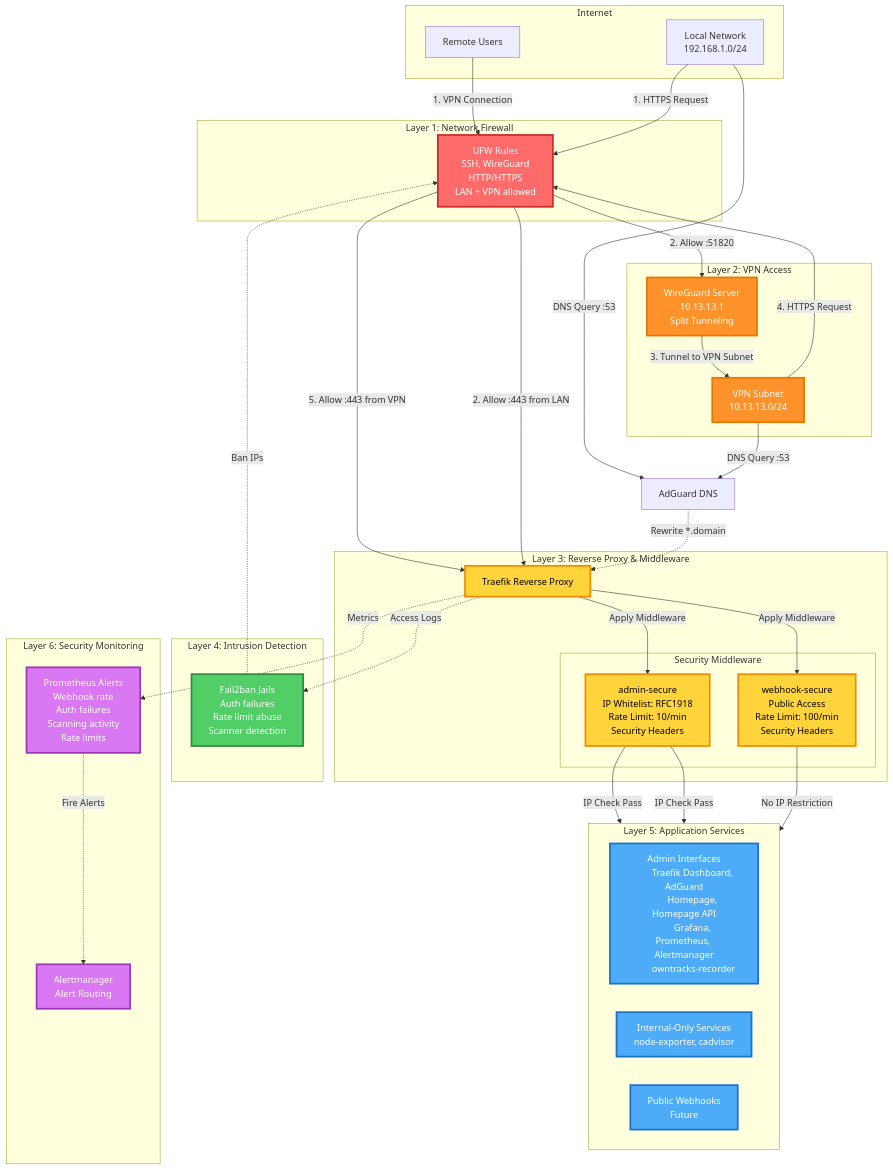
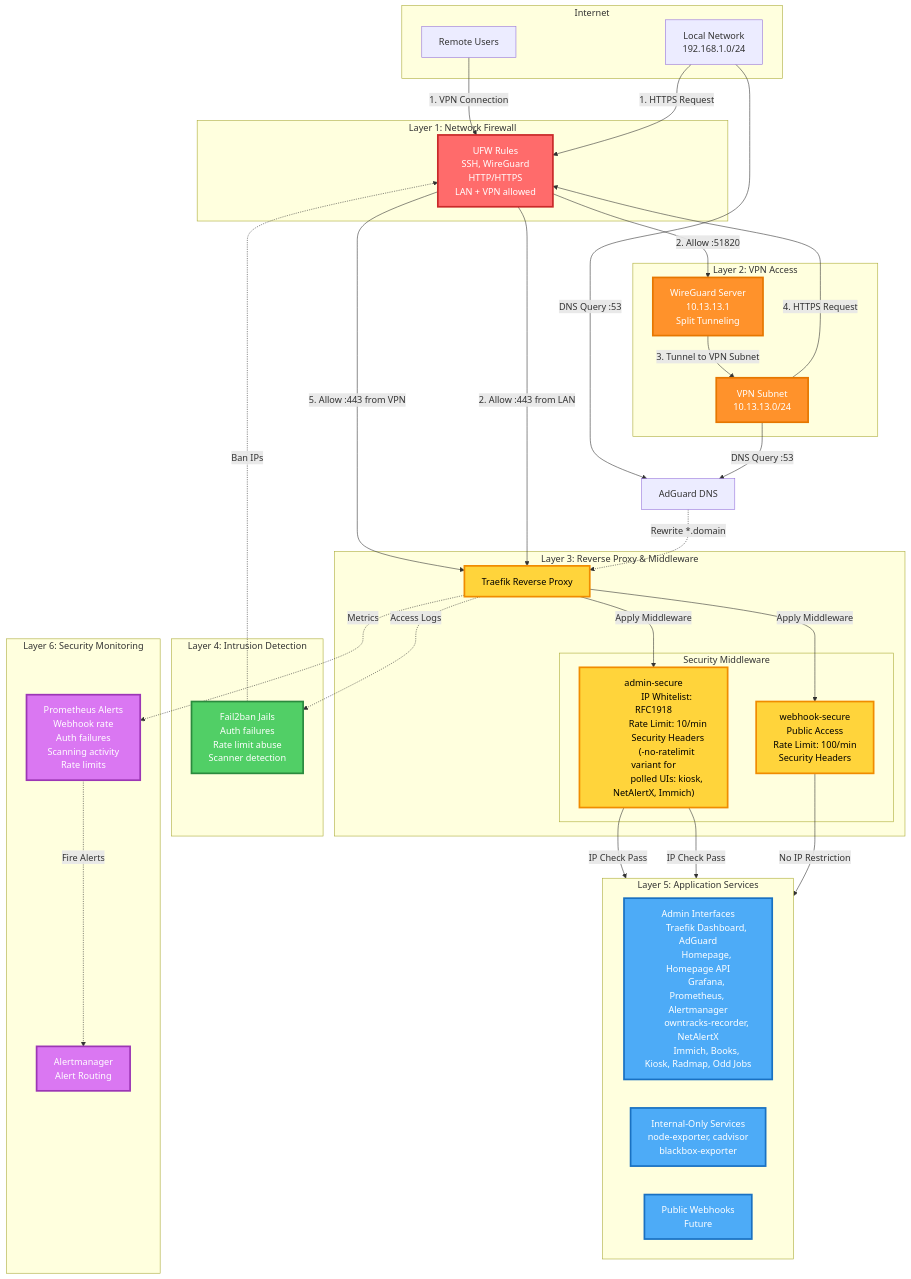
One commit to josephradford/home-server-stack changed the second of 5 diagrams in ARCHITECTURE.md. Above: the diagram before and after it, drawn with Mermaid. The commit also changed other lines of this file and 3 other files, not shown here.

Commit message:
docs: update architecture and service docs for kiosk, radmap, netalertx, odd-jobs and blackbox (#239)

```diff
--- a/ARCHITECTURE.md
+++ b/ARCHITECTURE.md
@@ -195,7 +250,9 @@
             AdminSecure["admin-secure
             IP Whitelist: RFC1918
             Rate Limit: 10/min
-            Security Headers"]
+            Security Headers
+            (-no-ratelimit variant for
+            polled UIs: kiosk, NetAlertX, Immich)"]
             WebhookSecure["webhook-secure
             Public Access
             Rate Limit: 100/min
@@ -216,9 +273,11 @@
         Traefik Dashboard, AdGuard
         Homepage, Homepage API
         Grafana, Prometheus, Alertmanager
-        owntracks-recorder"]
+        owntracks-recorder, NetAlertX
+        Immich, Books, Kiosk, Radmap, Odd Jobs"]
         Internal["Internal-Only Services
-        node-exporter, cadvisor"]
+        node-exporter, cadvisor
+        blackbox-exporter"]
         Webhooks["Public Webhooks
         Future"]
     end
```
